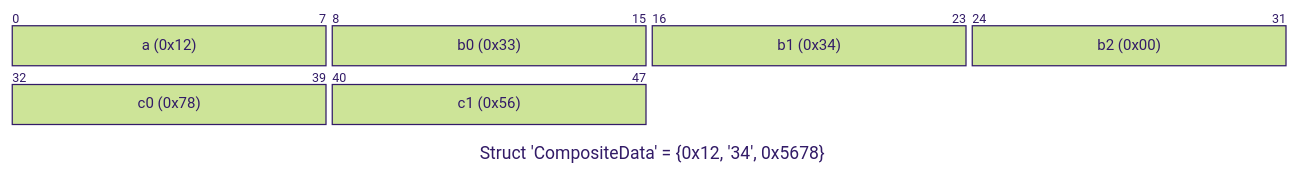
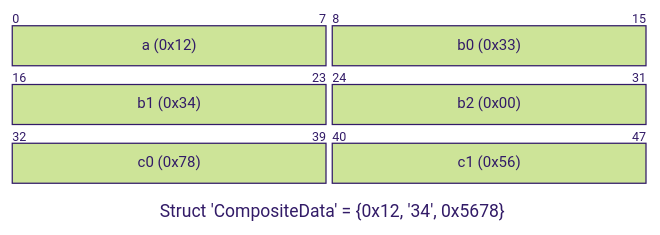
One commit to tzijnge/LotusRpc changed the seventh of 7 diagrams in docs/binary.md. Above: the diagram before and after it, drawn with Mermaid (forest theme). The commit also changed other lines of this file and 1 other file, not shown here.

Commit message:
main * Configuration of packet diagrams to look better in narrow columns

````diff
--- a/docs/binary.md
+++ b/docs/binary.md
@@ -148,12 +165,15 @@
 ``` mermaid
 ---
 title: "Struct 'CompositeData' = {0x12, '34', 0x5678}"
+config:
+  packet:
+    bitsPerRow: 16
 ---
 packet
 +8: "a (0x12)"
 +8: "b0 (0x33)"
 +8: "b1 (0x34)"
 +8: "b2 (0x00)"
 +8: "c0 (0x78)"
 +8: "c1 (0x56)"
 ```
````
